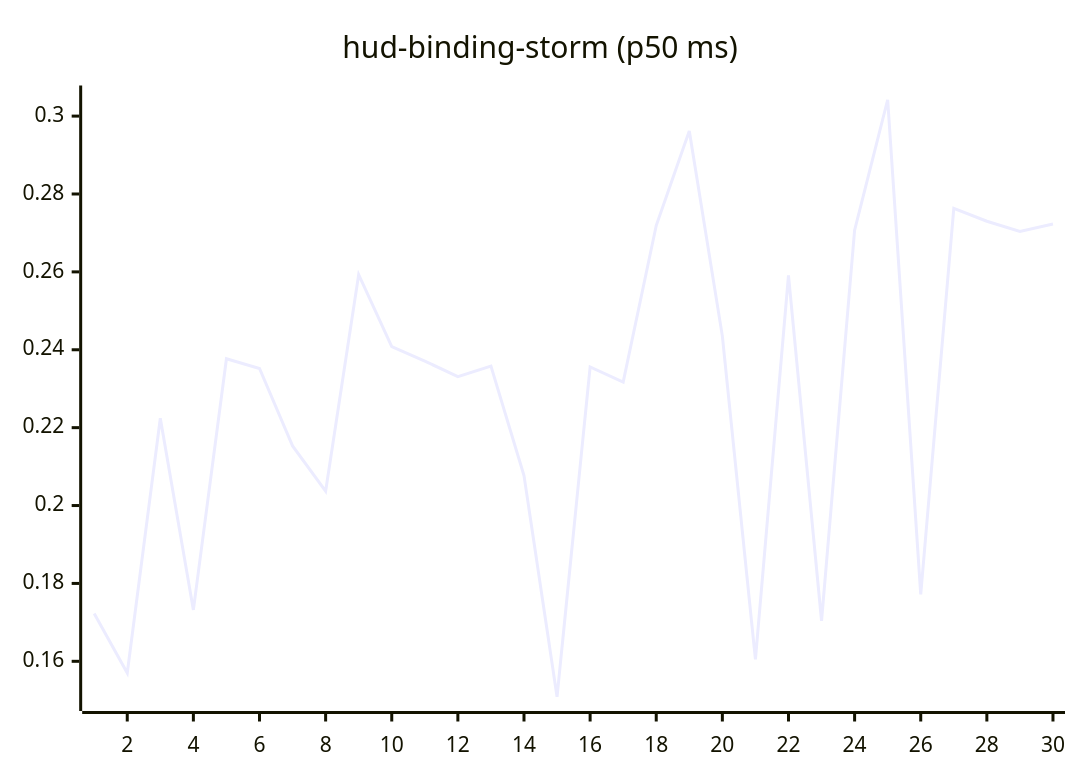
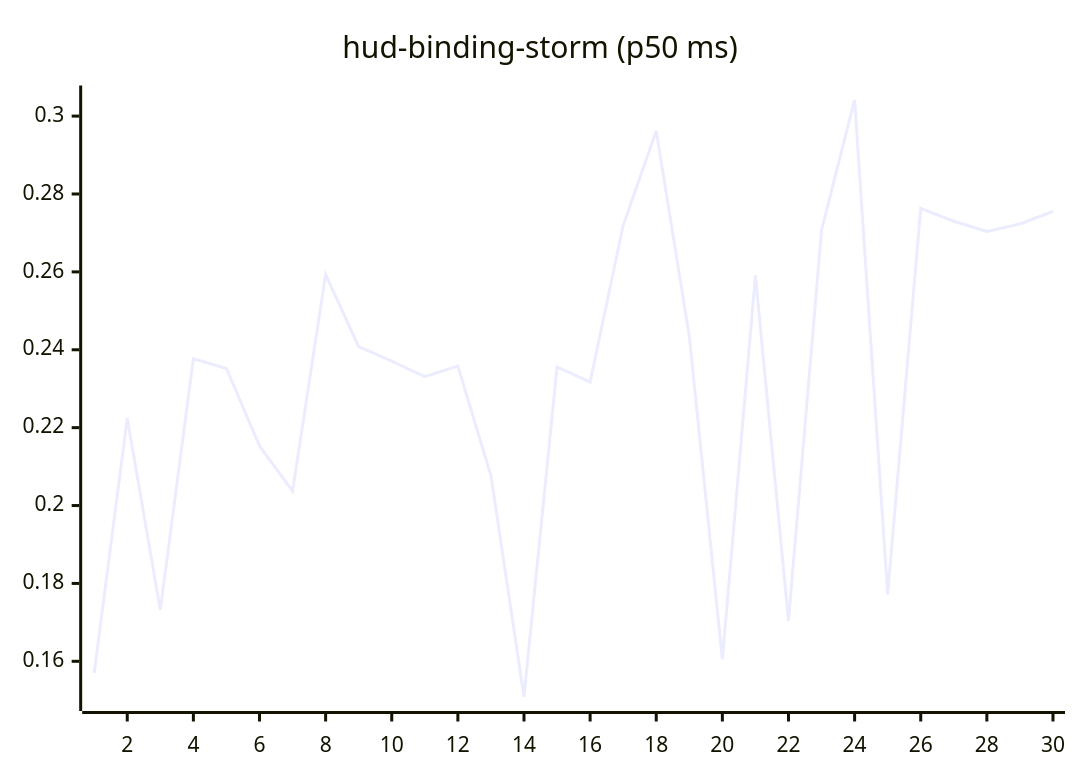
The tenth of 27 diagrams in README.md (josha/Facet), drawn with Mermaid before and after one commit. The commit also changed other lines of this file and 2 other files, not shown here.

````diff
--- a/README.md
+++ b/README.md
@@ -126,6 +126,6 @@
 ```mermaid
 xychart-beta
     title "hud-binding-storm (p50 ms)"
     x-axis 1 --> 30
-    line [0.1723, 0.1570, 0.2224, 0.1732, 0.2377, 0.2352, 0.2153, 0.2037, 0.2593, 0.2408, 0.2371, 0.2331, 0.2358, 0.2077, 0.1509, 0.2356, 0.2317, 0.2719, 0.2962, 0.2435, 0.1605, 0.2591, 0.1704, 0.2707, 0.3042, 0.1772, 0.2763, 0.2730, 0.2704, 0.2723]
+    line [0.1570, 0.2224, 0.1732, 0.2377, 0.2352, 0.2153, 0.2037, 0.2593, 0.2408, 0.2371, 0.2331, 0.2358, 0.2077, 0.1509, 0.2356, 0.2317, 0.2719, 0.2962, 0.2435, 0.1605, 0.2591, 0.1704, 0.2707, 0.3042, 0.1772, 0.2763, 0.2730, 0.2704, 0.2723, 0.2755]
 ```
````
